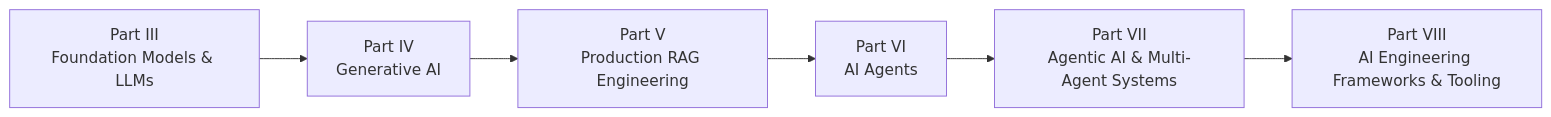
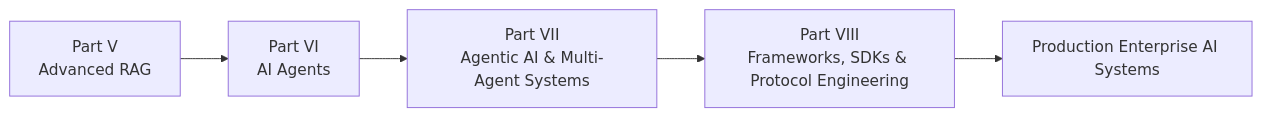
The third of 3 diagrams in docs/08-ai-engineering-frameworks/index.md (MihirKJha/enterprise-ai-engineering-handbook), drawn with Mermaid before and after one commit. The commit also changed other lines of this file and 47 other files, not shown here.

First line of the commit message:
Updated/Added notes for Agentic AI & AI Engineering Frameworks

````diff
--- a/docs/08-ai-engineering-frameworks/index.md
+++ b/docs/08-ai-engineering-frameworks/index.md
@@ -1017,14 +486,7 @@
 ```mermaid
 flowchart LR
-
-    A[Part III<br/>Foundation Models & LLMs]
-        --> B[Part IV<br/>Generative AI]
-
-    B --> C[Part V<br/>Production RAG Engineering]
-
-    C --> D[Part VI<br/>AI Agents]
-
-    D --> E[Part VII<br/>Agentic AI & Multi-Agent Systems]
-
-    E --> F[Part VIII<br/>AI Engineering Frameworks & Tooling]
+    A["Part V<br/>Advanced RAG"] --> B["Part VI<br/>AI Agents"]
+    B --> C["Part VII<br/>Agentic AI & Multi-Agent Systems"]
+    C --> D["Part VIII<br/>Frameworks, SDKs & Protocol Engineering"]
+    D --> E["Production Enterprise AI Systems"]
 ```
````
